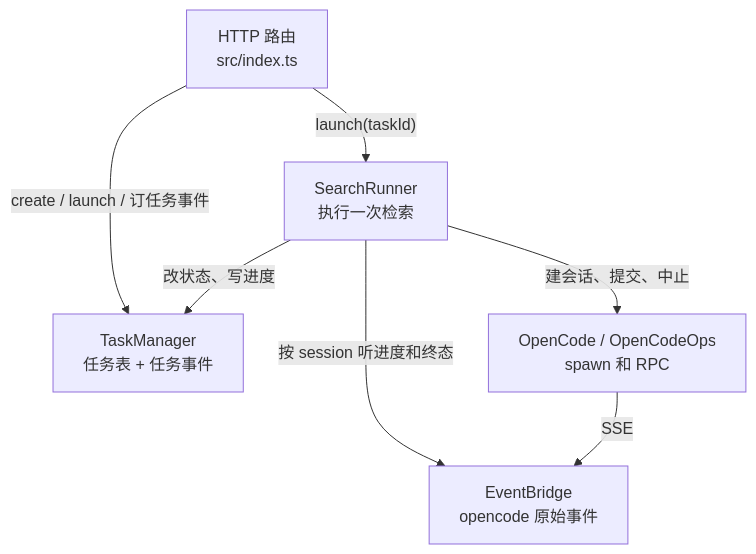
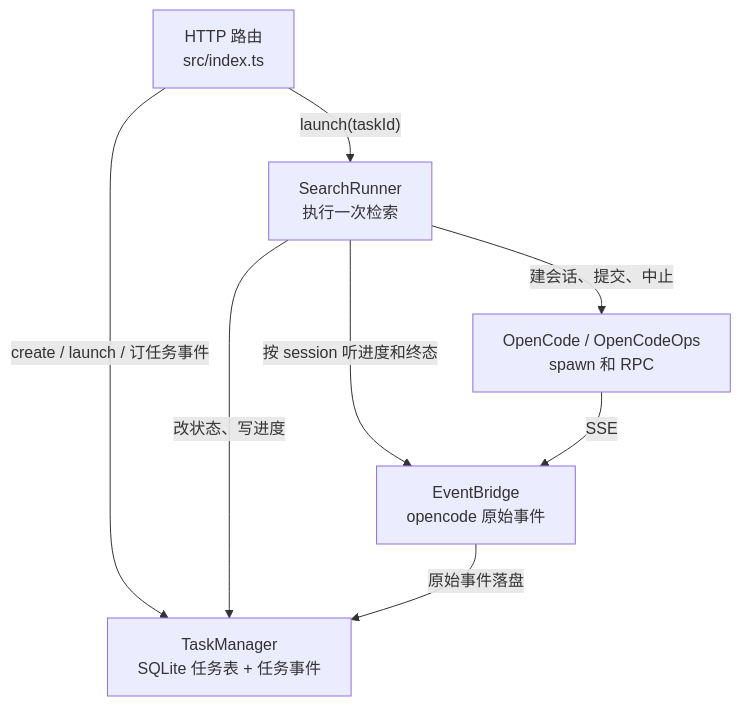
Before and after one commit to Cn-Asukai/search-agent: the second of 4 diagrams in docs/architecture.md, drawn with Mermaid. The commit also changed other lines of this file and 18 other files, not shown here.

````diff
--- a/docs/architecture.md
+++ b/docs/architecture.md
@@ -21,15 +21,16 @@
 ```mermaid
 flowchart TB
   HTTP["HTTP 路由<br/>src/index.ts"]
-  TM["TaskManager<br/>任务表 + 任务事件"]
+  TM["TaskManager<br/>SQLite 任务表 + 任务事件"]
   SR["SearchRunner<br/>执行一次检索"]
   EB["EventBridge<br/>opencode 原始事件"]
   OC["OpenCode / OpenCodeOps<br/>spawn 和 RPC"]
 
   HTTP -->|"create / launch / 订任务事件"| TM
   HTTP -->|"launch(taskId)"| SR
   SR -->|"改状态、写进度"| TM
   SR -->|"建会话、提交、中止"| OC
   SR -->|"按 session 听进度和终态"| EB
   OC -->|"SSE"| EB
+  EB -->|"原始事件落盘"| TM
 ```
````
